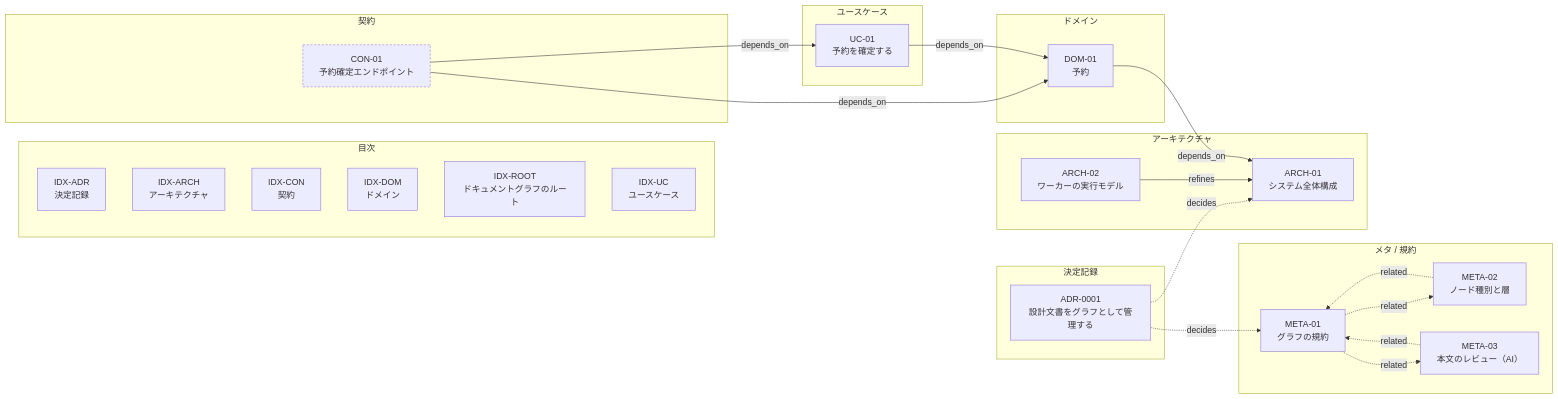
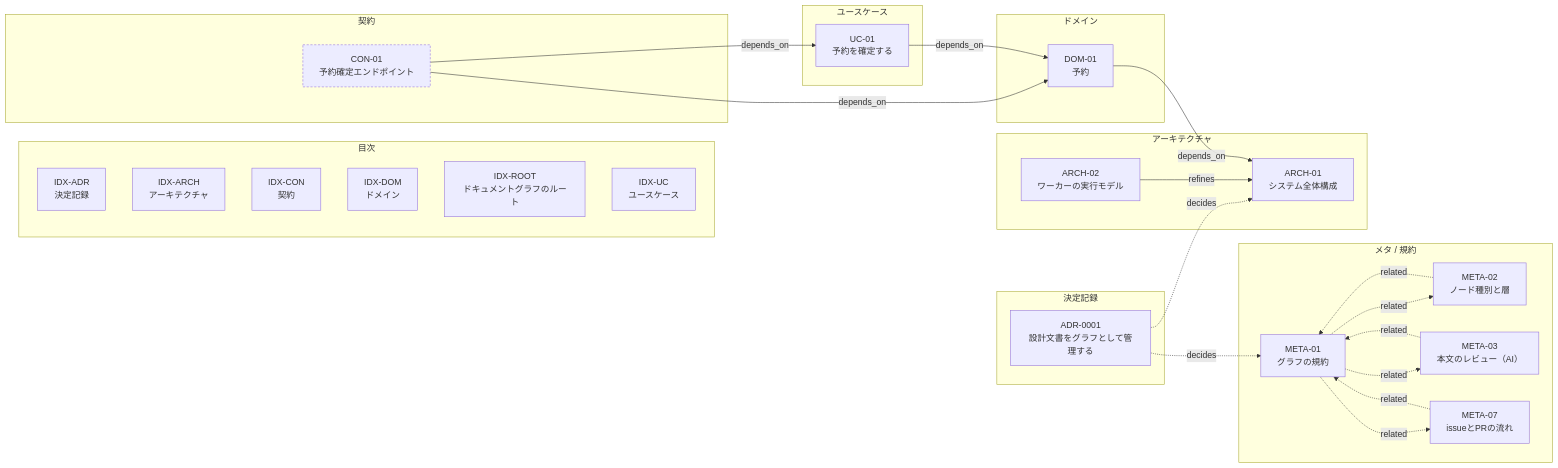
The diagram in README.md (setopic/gacha-monitor), drawn with Mermaid before and after one commit. The commit also changed other lines of this file and 17 other files, not shown here.

````diff
--- a/README.md
+++ b/README.md
@@ -82,46 +82,49 @@
 ```mermaid
 graph LR
   subgraph index["目次"]
     IDX-ADR["IDX-ADR<br/>決定記録"]
     IDX-ARCH["IDX-ARCH<br/>アーキテクチャ"]
     IDX-CON["IDX-CON<br/>契約"]
     IDX-DOM["IDX-DOM<br/>ドメイン"]
     IDX-ROOT["IDX-ROOT<br/>ドキュメントグラフのルート"]
     IDX-UC["IDX-UC<br/>ユースケース"]
   end
   subgraph meta["メタ / 規約"]
     META-01["META-01<br/>グラフの規約"]
     META-02["META-02<br/>ノード種別と層"]
     META-03["META-03<br/>本文のレビュー（AI）"]
+    META-07["META-07<br/>issueとPRの流れ"]
   end
   subgraph architecture["アーキテクチャ"]
     ARCH-01["ARCH-01<br/>システム全体構成"]
     ARCH-02["ARCH-02<br/>ワーカーの実行モデル"]
   end
   subgraph domain["ドメイン"]
     DOM-01["DOM-01<br/>予約"]
   end
   subgraph usecase["ユースケース"]
     UC-01["UC-01<br/>予約を確定する"]
   end
   subgraph contract["契約"]
     CON-01["CON-01<br/>予約確定エンドポイント"]
   end
   subgraph adr["決定記録"]
     ADR-0001["ADR-0001<br/>設計文書をグラフとして管理する"]
   end
   ADR-0001 -.->|decides| META-01
   ADR-0001 -.->|decides| ARCH-01
   ARCH-02 -->|refines| ARCH-01
   CON-01 -->|depends_on| UC-01
   CON-01 -->|depends_on| DOM-01
   DOM-01 -->|depends_on| ARCH-01
   META-01 -.->|related| META-02
   META-01 -.->|related| META-03
+  META-01 -.->|related| META-07
   META-02 -.->|related| META-01
   META-03 -.->|related| META-01
+  META-07 -.->|related| META-01
   UC-01 -->|depends_on| DOM-01
   classDef draft stroke-dasharray: 4\,3;
   classDef deprecated opacity:0.5;
   class CON-01 draft;
 ```
````
